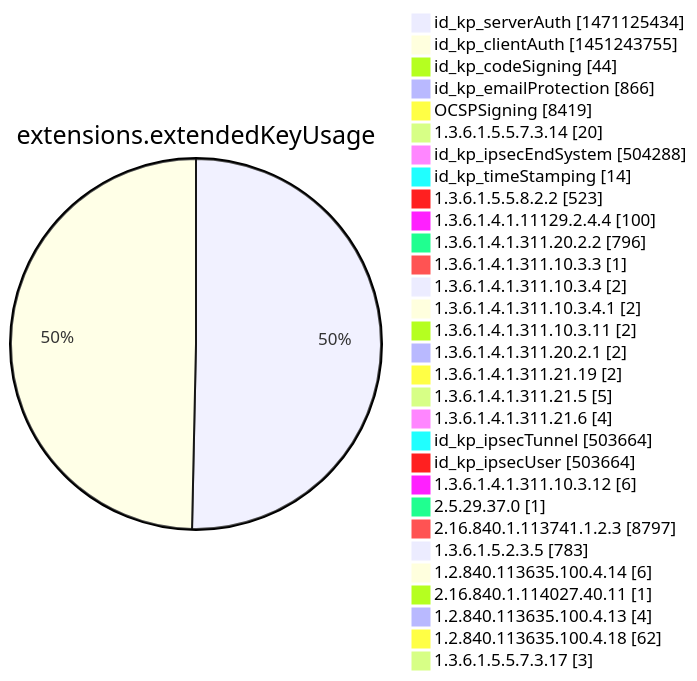
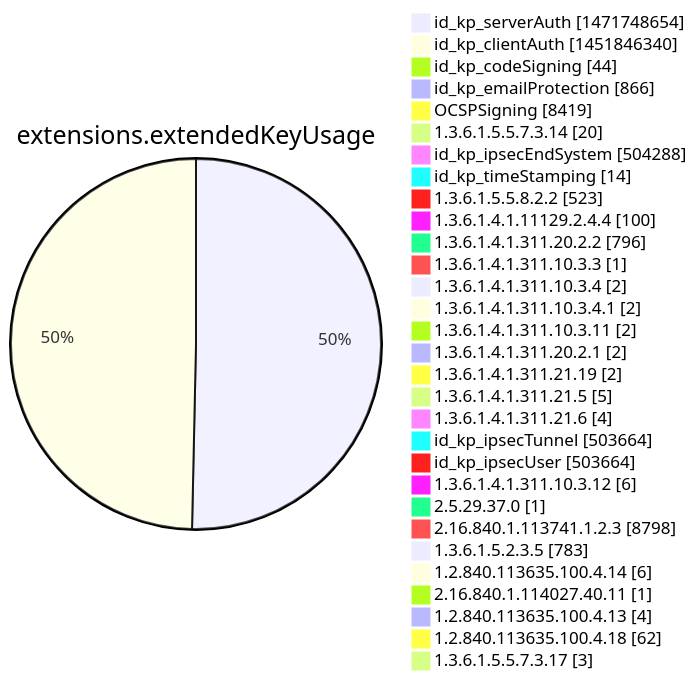
Before and after one commit to christiankrug/ctmonitor_visualization: diagram 12 of 15 in argon2022/README.md, drawn with Mermaid. The commit also changed other lines of this file, not shown here.

````diff
--- a/argon2022/README.md
+++ b/argon2022/README.md
@@ -3555,34 +3555,34 @@
 ```mermaid
 pie showData
 title extensions.extendedKeyUsage
-"id_kp_serverAuth" :1471125434
-"id_kp_clientAuth" :1451243755
+"id_kp_serverAuth" :1471748654
+"id_kp_clientAuth" :1451846340
 "id_kp_codeSigning" :44
 "id_kp_emailProtection" :866
 "OCSPSigning" :8419
 "1.3.6.1.5.5.7.3.14" :20
 "id_kp_ipsecEndSystem" :504288
 "id_kp_timeStamping" :14
 "1.3.6.1.5.5.8.2.2" :523
 "1.3.6.1.4.1.11129.2.4.4" :100
 "1.3.6.1.4.1.311.20.2.2" :796
 "1.3.6.1.4.1.311.10.3.3" :1
 "1.3.6.1.4.1.311.10.3.4" :2
 "1.3.6.1.4.1.311.10.3.4.1" :2
 "1.3.6.1.4.1.311.10.3.11" :2
 "1.3.6.1.4.1.311.20.2.1" :2
 "1.3.6.1.4.1.311.21.19" :2
 "1.3.6.1.4.1.311.21.5" :5
 "1.3.6.1.4.1.311.21.6" :4
 "id_kp_ipsecTunnel" :503664
 "id_kp_ipsecUser" :503664
 "1.3.6.1.4.1.311.10.3.12" :6
 "2.5.29.37.0" :1
-"2.16.840.1.113741.1.2.3" :8797
+"2.16.840.1.113741.1.2.3" :8798
 "1.3.6.1.5.2.3.5" :783
 "1.2.840.113635.100.4.14" :6
 "2.16.840.1.114027.40.11" :1
 "1.2.840.113635.100.4.13" :4
 "1.2.840.113635.100.4.18" :62
 "1.3.6.1.5.5.7.3.17" :3
 ```
````
